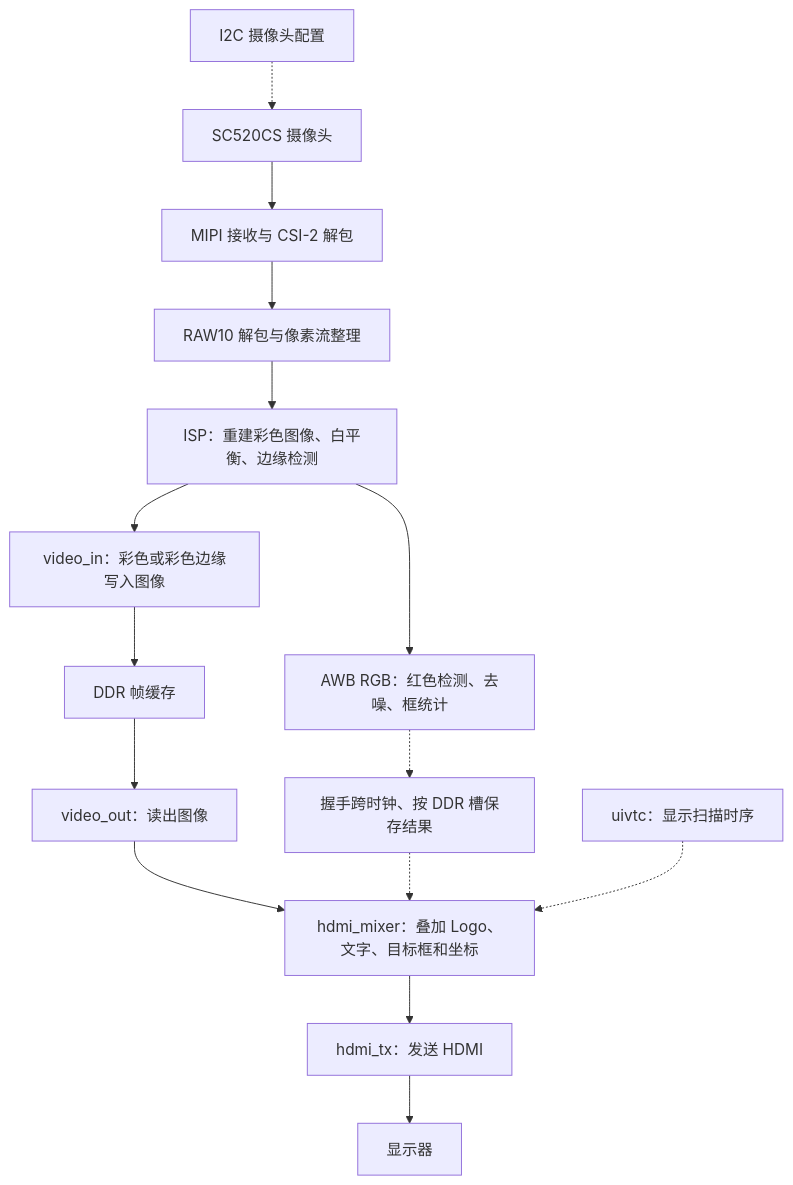
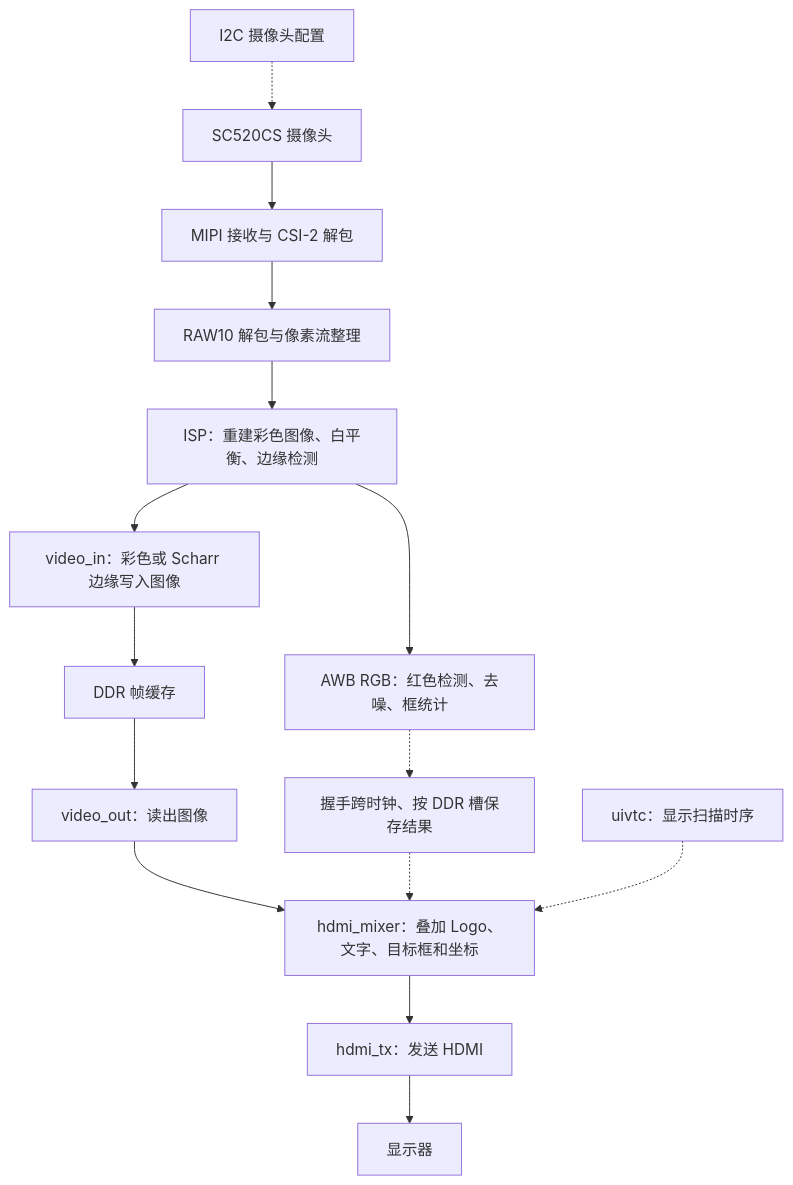
Before and after one commit to zhixiabei/FPGA-competition: the diagram in CODE_MAP.md, drawn with Mermaid. The commit also changed other lines of this file and 12 other files, not shown here.

````diff
--- a/CODE_MAP.md
+++ b/CODE_MAP.md
@@ -30,17 +34,17 @@
 ```mermaid
 flowchart TD
     CAM[SC520CS 摄像头] --> RX[MIPI 接收与 CSI-2 解包]
     RX --> RAW[RAW10 解包与像素流整理]
     RAW --> ISP[ISP：重建彩色图像、白平衡、边缘检测]
     ISP --> DET[AWB RGB：红色检测、去噪、框统计]
-    ISP --> VIN[video_in：彩色或彩色边缘写入图像]
+    ISP --> VIN[video_in：彩色或 Scharr 边缘写入图像]
     VIN --> MEM[DDR 帧缓存]
     MEM --> VOUT[video_out：读出图像]
     VOUT --> OSD[hdmi_mixer：叠加 Logo、文字、目标框和坐标]
     DET -.-> META[握手跨时钟、按 DDR 槽保存结果]
     META -.-> OSD
     OSD --> TX[hdmi_tx：发送 HDMI]
     TX --> MON[显示器]
     CFG[I2C 摄像头配置] -.-> CAM
     VTC[uivtc：显示扫描时序] -.-> OSD
 ```
````
